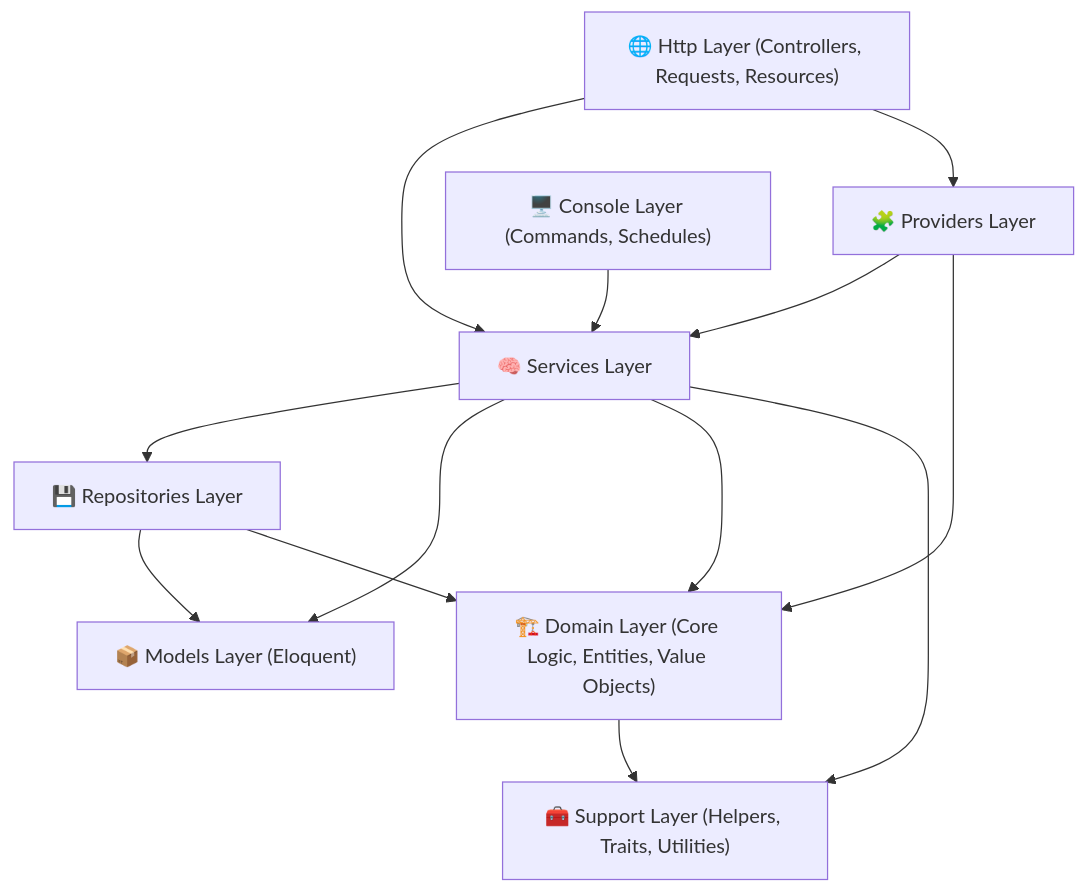
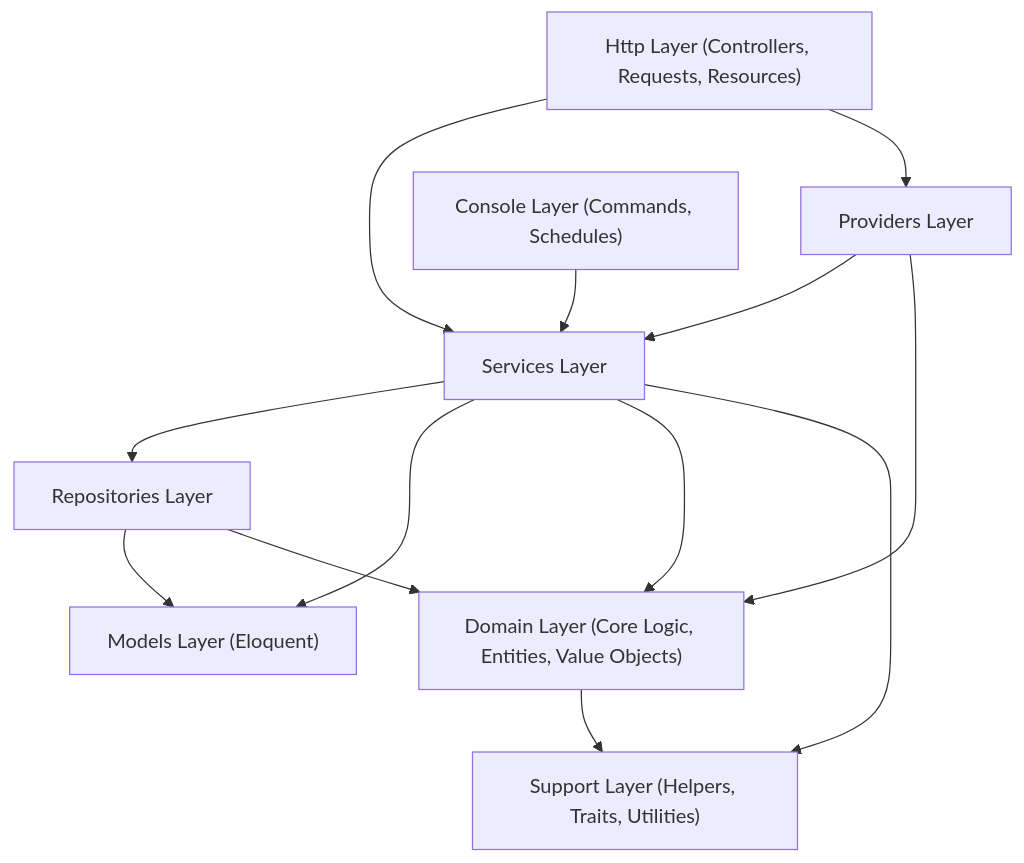
The diagram in README.md (shahsawoodshinwari/php-clean-architecture), drawn with Mermaid before and after one commit.

````diff
--- a/README.md
+++ b/README.md
@@ -91,32 +91,32 @@
 ```mermaid
 graph TD
 
     %% --- LAYERS ---
-    Http["🌐 Http Layer (Controllers, Requests, Resources)"]
-    Providers["🧩 Providers Layer"]
-    Services["🧠 Services Layer"]
-    Repositories["💾 Repositories Layer"]
-    Domain["🏗️ Domain Layer (Core Logic, Entities, Value Objects)"]
-    Models["📦 Models Layer (Eloquent)"]
-    Support["🧰 Support Layer (Helpers, Traits, Utilities)"]
-    Console["🖥️ Console Layer (Commands, Schedules)"]
+    Http["Http Layer (Controllers, Requests, Resources)"]
+    Providers["Providers Layer"]
+    Services["Services Layer"]
+    Repositories["Repositories Layer"]
+    Domain["Domain Layer (Core Logic, Entities, Value Objects)"]
+    Models["Models Layer (Eloquent)"]
+    Support["Support Layer (Helpers, Traits, Utilities)"]
+    Console["Console Layer (Commands, Schedules)"]
 
     %% --- ALLOWED DEPENDENCIES ---
     Http --> Services
     Http --> Providers
 
     Providers --> Services
     Providers --> Domain
 
     Services --> Repositories
     Services --> Models
     Services --> Domain
     Services --> Support
 
     Repositories --> Models
     Repositories --> Domain
 
     Domain --> Support
 
     Console --> Services
 ```
````
